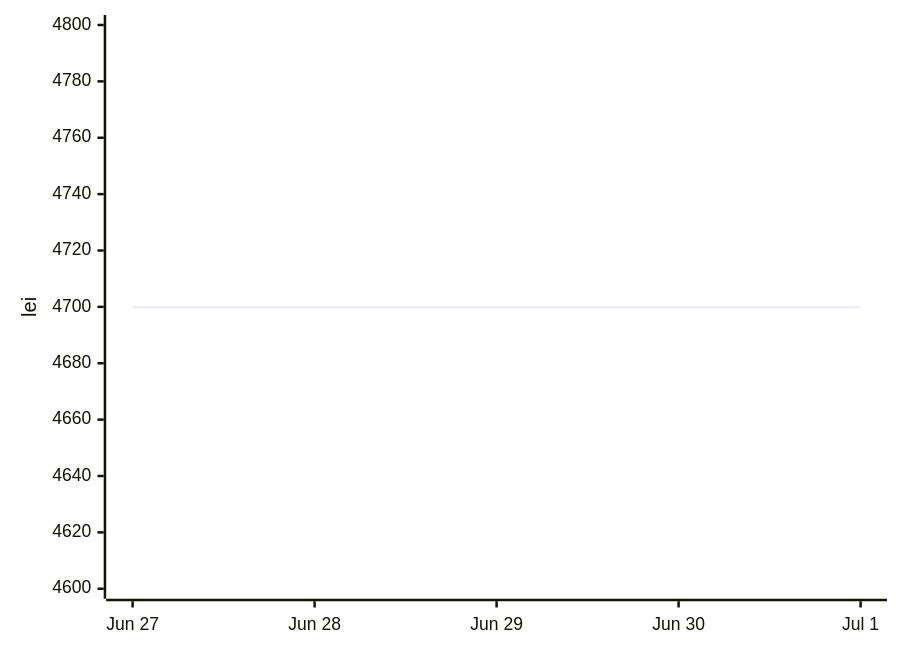
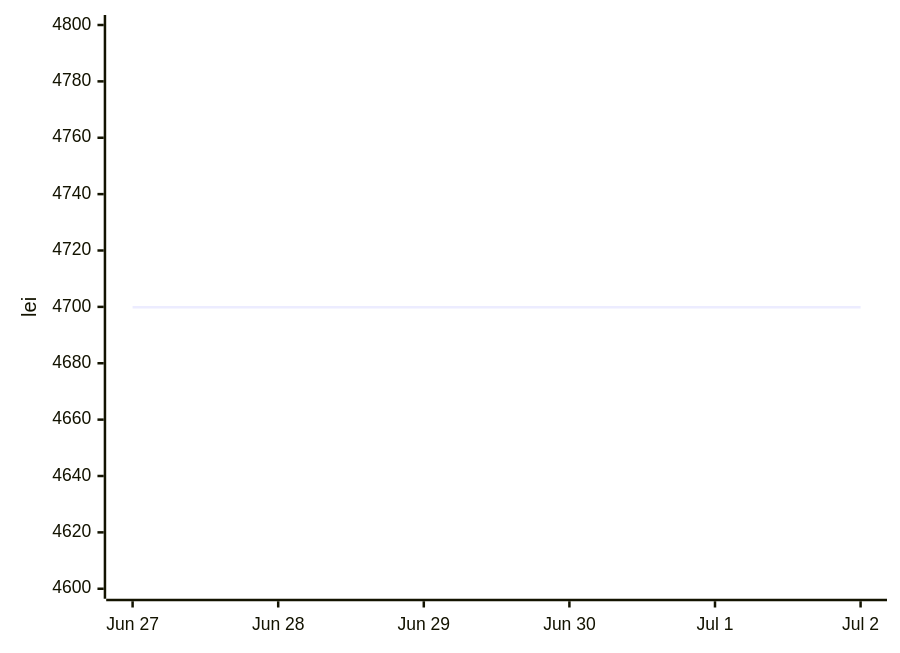
The first of 2 diagrams in README.md (anagheioan/laptop-price-monitor), drawn with Mermaid before and after one commit. The commit also changed other lines of this file and 1 other file, not shown here.

Commit message:
Price check 2026-07-02

````diff
--- a/README.md
+++ b/README.md
@@ -21,6 +21,6 @@
 ```mermaid
 xychart-beta
-    x-axis ["Jun 27", "Jun 28", "Jun 29", "Jun 30", "Jul 1"]
+    x-axis ["Jun 27", "Jun 28", "Jun 29", "Jun 30", "Jul 1", "Jul 2"]
     y-axis "lei" 4600 --> 4800
-    line [4699.9, 4699.9, 4699.9, 4699.9, 4699.9]
+    line [4699.9, 4699.9, 4699.9, 4699.9, 4699.9, 4699.9]
 ```
````
